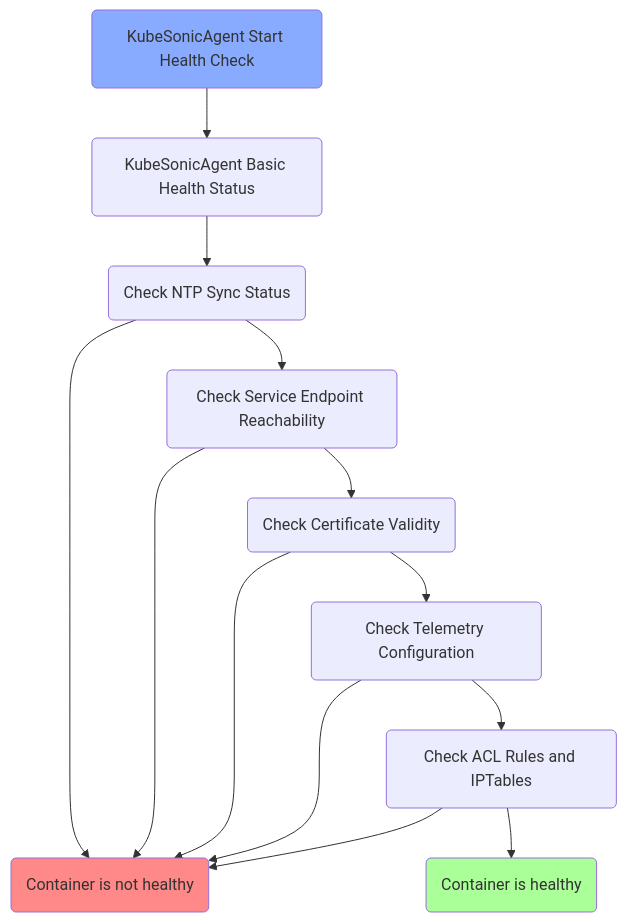
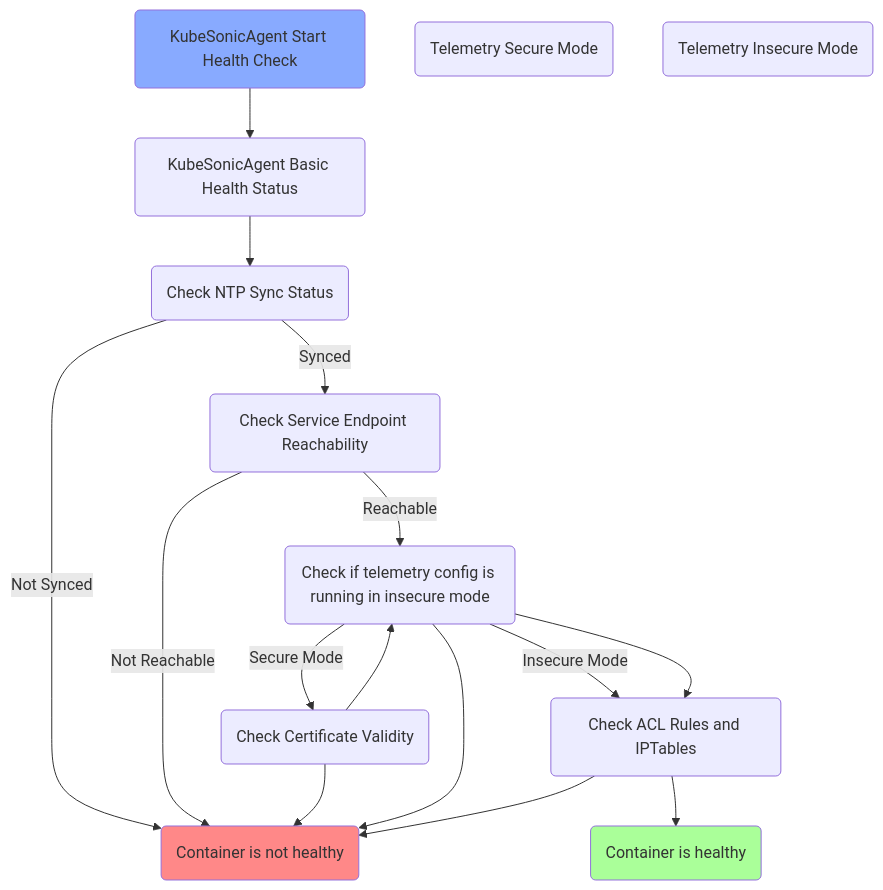
The diagram in telemetry_wd.md (zbud-msft/mermaid), drawn with Mermaid before and after one commit.

Commit message:
Check for secure mode

````diff
--- a/telemetry_wd.md
+++ b/telemetry_wd.md
@@ -1,28 +1,32 @@
 ```mermaid
 flowchart
     Start(KubeSonicAgent Start Health Check)
     style Start fill:#8AF
     Health_Status(KubeSonicAgent Basic Health Status)
     NTP_Sync(Check NTP Sync Status)
     Unhealthy(Container is not healthy)
     style Unhealthy fill:#F88
     Endpoint_Reachability(Check Service Endpoint Reachability)
+    Telemetry_Config(Check if telemetry config is running in insecure mode)
+    Secure_mode(Telemetry Secure Mode)
+    Insecure_mode(Telemetry Insecure Mode)
     Cert_Validity(Check Certificate Validity)
-    Telemetry_Config(Check Telemetry Configuration)
     ACL_Rules(Check ACL Rules and IPTables)
     Healthy(Container is healthy)
     style Healthy fill:#AF9
 
     Start --> Health_Status
     Health_Status --> NTP_Sync
-    NTP_Sync --> Unhealthy
-    NTP_Sync --> Endpoint_Reachability
-    Endpoint_Reachability --> Unhealthy
-    Endpoint_Reachability --> Cert_Validity
+    NTP_Sync -->|Not Synced|Unhealthy
+    NTP_Sync -->|Synced|Endpoint_Reachability
+    Endpoint_Reachability -->|Not Reachable|Unhealthy
+    Endpoint_Reachability -->|Reachable|Telemetry_Config
+    Telemetry_Config -->|Secure Mode|Cert_Validity
+    Telemetry_Config -->|Insecure Mode|ACL_Rules
     Cert_Validity --> Unhealthy
     Cert_Validity --> Telemetry_Config
     Telemetry_Config --> Unhealthy
     Telemetry_Config --> ACL_Rules
     ACL_Rules --> Unhealthy
     ACL_Rules --> Healthy
 ```
````
